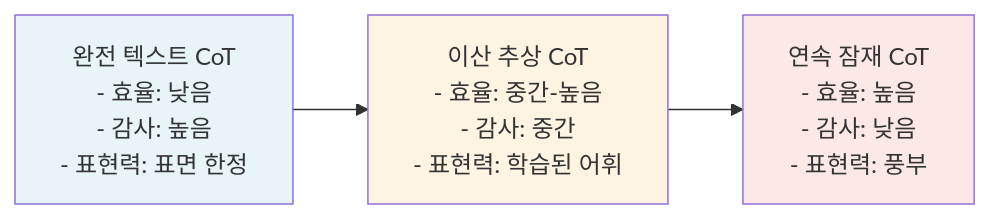
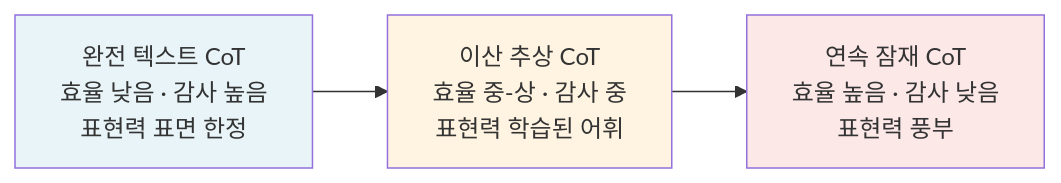
The third of 3 diagrams in _posts/2026-05-05-abstract-cot-discrete-latent-reasoning.md (pheeree/pheeree.github.io), drawn with Mermaid before and after one commit. The commit also changed other lines of this file and 3 other files, not shown here.

First line of the commit message:
layout: mermaid 파싱 안정화 — 노드 라벨 따옴표·edge label 공백 보강

````diff
--- a/_posts/2026-05-05-abstract-cot-discrete-latent-reasoning.md
+++ b/_posts/2026-05-05-abstract-cot-discrete-latent-reasoning.md
@@ -80,8 +80,8 @@
 ```mermaid
 graph LR
-    A[완전 텍스트 CoT<br/>- 효율: 낮음<br/>- 감사: 높음<br/>- 표현력: 표면 한정] --> B[이산 추상 CoT<br/>- 효율: 중간-높음<br/>- 감사: 중간<br/>- 표현력: 학습된 어휘]
-    B --> C[연속 잠재 CoT<br/>- 효율: 높음<br/>- 감사: 낮음<br/>- 표현력: 풍부]
+    A["완전 텍스트 CoT<br/>효율 낮음 · 감사 높음<br/>표현력 표면 한정"] --> B["이산 추상 CoT<br/>효율 중-상 · 감사 중<br/>표현력 학습된 어휘"]
+    B --> C["연속 잠재 CoT<br/>효율 높음 · 감사 낮음<br/>표현력 풍부"]
     style A fill:#e8f4f8
     style B fill:#fff4e1
     style C fill:#fde8e8
 ```
````
